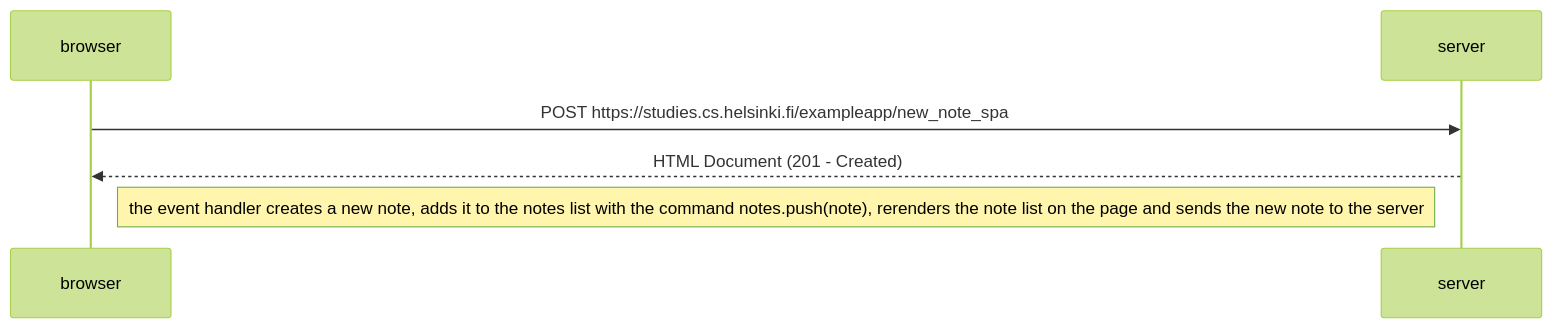
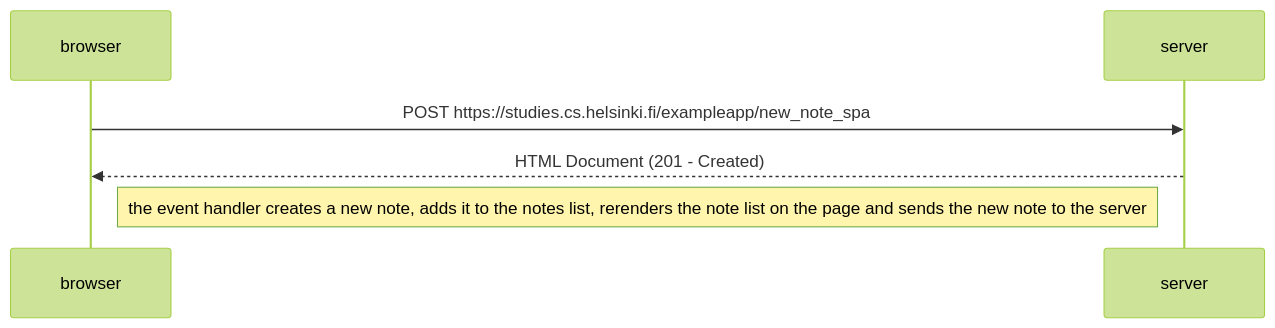
One commit to rjeantet/fullstackopen_exercises changed the diagram in part0/06_new-note-spa-diagram.md. Above: the diagram before and after it, drawn with Mermaid (forest theme).

````diff
--- a/part0/06_new-note-spa-diagram.md
+++ b/part0/06_new-note-spa-diagram.md
@@ -1,6 +1,6 @@
 ```mermaid
    sequenceDiagram
        browser->>server: POST https://studies.cs.helsinki.fi/exampleapp/new_note_spa
     server-->>browser: HTML Document (201 - Created)
-    Note right of browser: the event handler creates a new note, adds it to the notes list with the command notes.push(note), rerenders the note list on the page and sends the new note to the server
+    Note right of browser: the event handler creates a new note, adds it to the notes list, rerenders the note list on the page and sends the new note to the server
 ```
````
